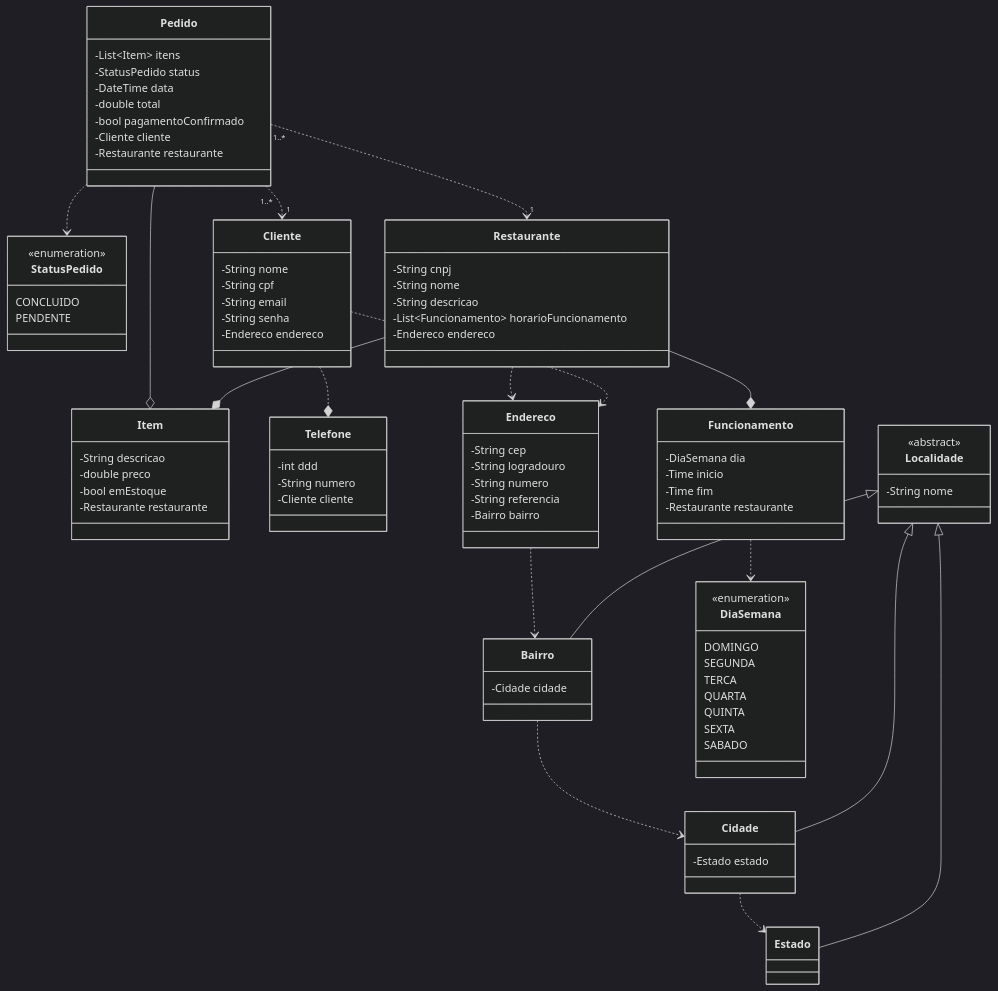
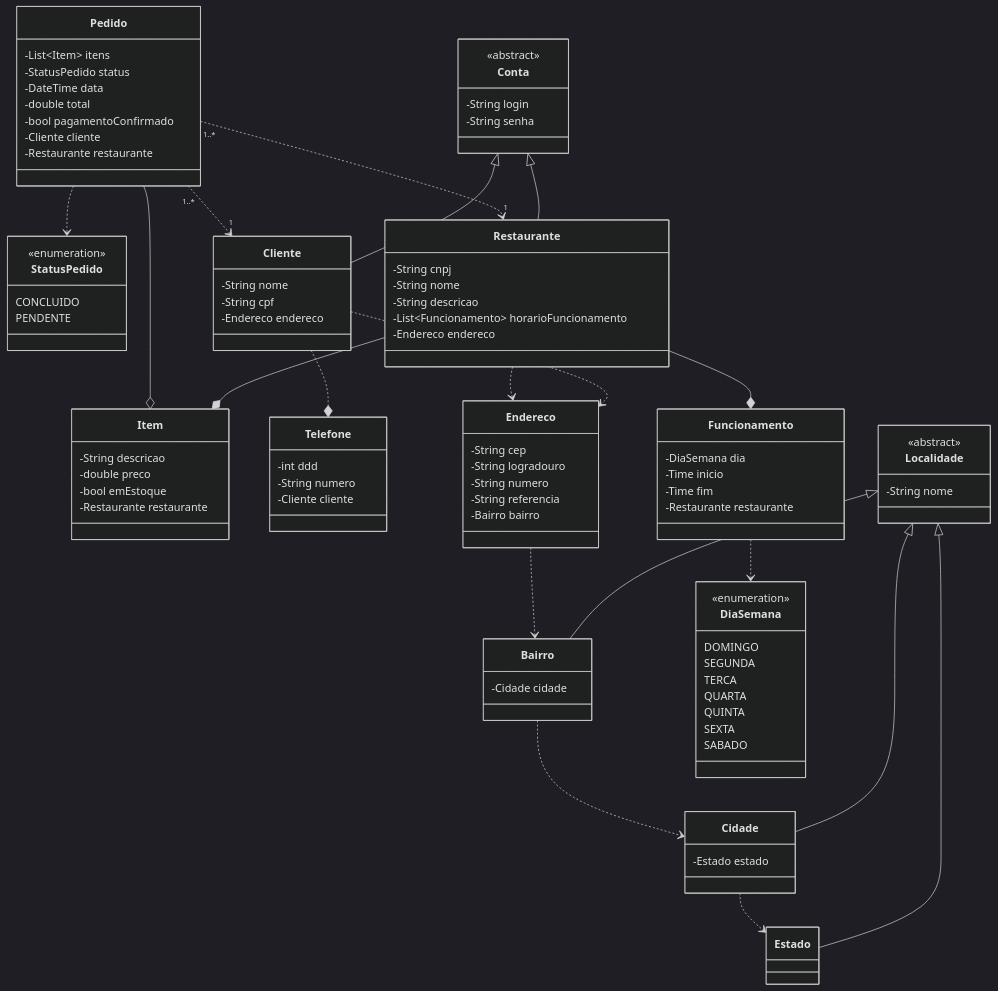
Before and after one commit to gxrj/dio-santander2023: the diagram in desafio-final-backend-dio-santander2023/README.md, drawn with Mermaid (dark theme).

Commit message:
docs: atualiza a documentação

```diff
--- a/desafio-final-backend-dio-santander2023/README.md
+++ b/desafio-final-backend-dio-santander2023/README.md
@@ -36,8 +36,6 @@
     class Cliente{
         -String nome
         -String cpf
-        -String email
-        -String senha
         -Endereco endereco
     }
     class Telefone{
@@ -63,6 +61,11 @@
     class Localidade{
         <<abstract>>
         -String nome
+    }
+    class Conta{
+        <<abstract>>
+        -String login
+        -String senha
     }
     class Restaurante{
         -String cnpj
@@ -95,6 +98,8 @@
     Restaurante --* Item
     Restaurante --* Funcionamento
     Restaurante ..> Endereco
+    Conta <|-- Cliente
+    Conta <|-- Restaurante
     Cliente ..> Endereco
     Cliente ..* Telefone
     Endereco ..> Bairro
```
